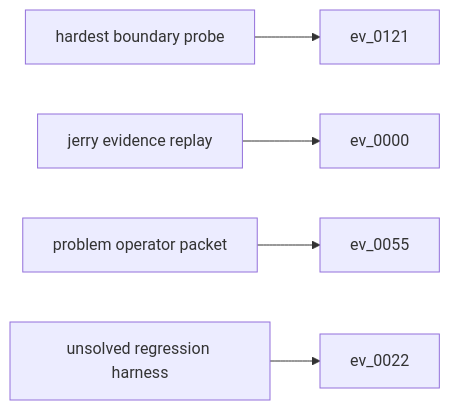
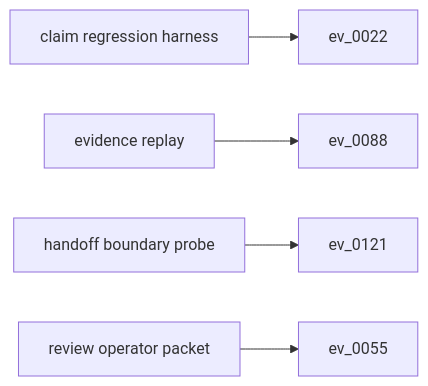
The diagram in outputs/trace_graph.mmd (t7r0n/caslmark), drawn with Mermaid before and after one commit. The commit also changed 21 other files, not shown here.

```diff
--- a/outputs/trace_graph.mmd
+++ b/outputs/trace_graph.mmd
@@ -1,13 +1,13 @@
 flowchart LR
-  s0["hardest boundary probe"]
-  e0["ev_0121"]
+  s0["claim regression harness"]
+  e0["ev_0022"]
   s0 --> e0
-  s1["jerry evidence replay"]
-  e1["ev_0000"]
+  s1["evidence replay"]
+  e1["ev_0088"]
   s1 --> e1
-  s2["problem operator packet"]
-  e2["ev_0055"]
+  s2["handoff boundary probe"]
+  e2["ev_0121"]
   s2 --> e2
-  s3["unsolved regression harness"]
-  e3["ev_0022"]
+  s3["review operator packet"]
+  e3["ev_0055"]
   s3 --> e3
```
